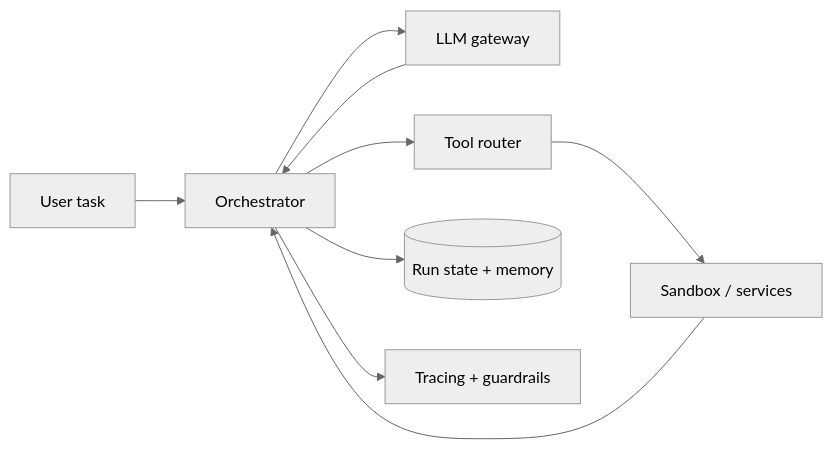
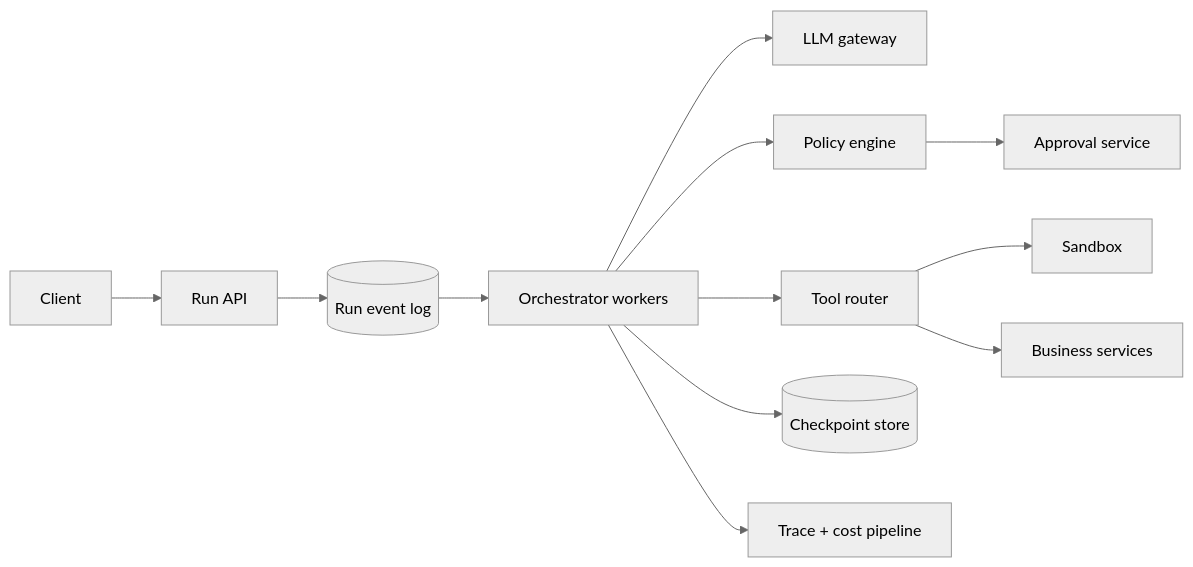
One commit to yangzichao/www changed the diagram in src/content/blog/system-design/agent-orchestration.md. Above: the diagram before and after it, drawn with Mermaid (neutral theme). The commit also changed other lines of this file and 18 other files, not shown here.

Commit message:
refactor: Revise URL Shortener design document to enhance clarity and detail on system evolution, API specifications, and architectural considerations

````diff
--- a/src/content/blog/system-design/agent-orchestration.md
+++ b/src/content/blog/system-design/agent-orchestration.md
@@ -88,11 +256,14 @@
 ```mermaid
 flowchart LR
-  U[User task] --> O[Orchestrator]
+  U[Client] --> API[Run API]
+  API --> E[(Run event log)]
+  E --> O[Orchestrator workers]
   O --> L[LLM gateway]
-  L --> O
+  O --> P[Policy engine]
+  P --> A[Approval service]
   O --> T[Tool router]
-  T --> S[Sandbox / services]
-  S --> O
-  O --> M[(Run state + memory)]
-  O --> G[Tracing + guardrails]
+  T --> S[Sandbox]
+  T --> B[Business services]
+  O --> C[(Checkpoint store)]
+  O --> X[Trace + cost pipeline]
 ```
````
